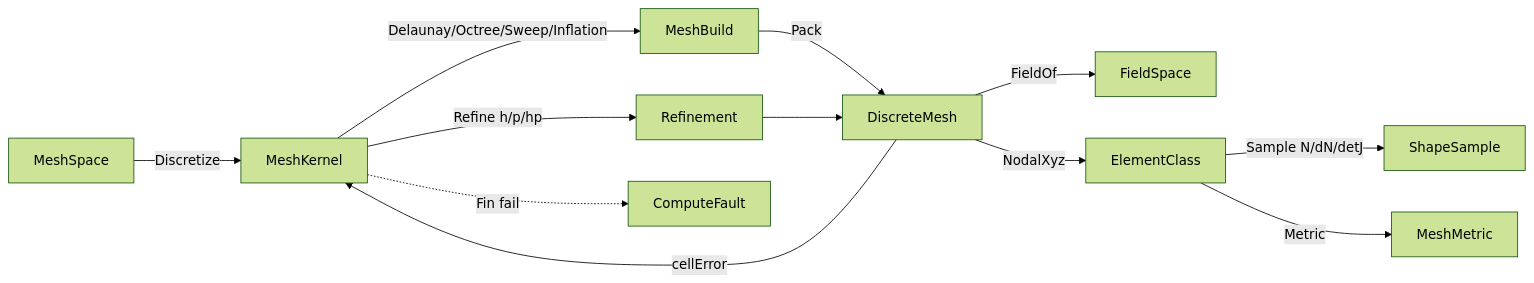
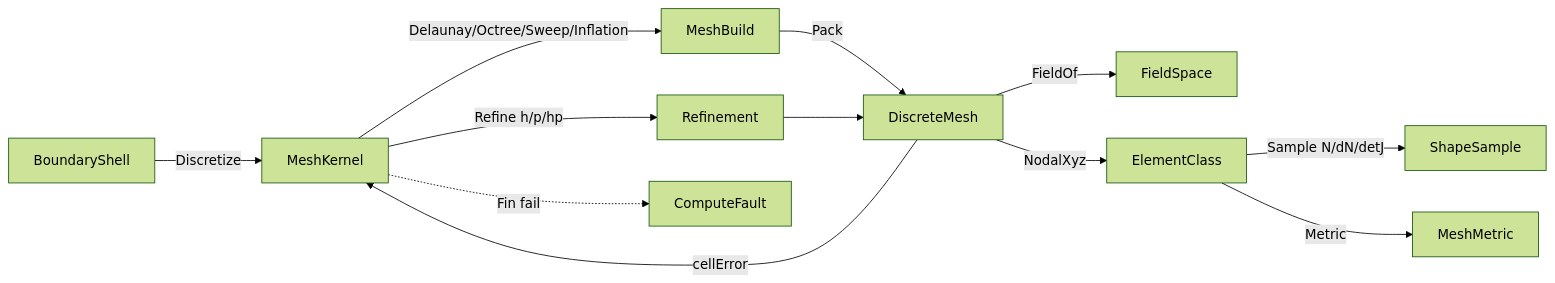
Before and after one commit to bsamiee/Rasm: the diagram in libs/csharp/Rasm.Compute/.planning/Solver/discretization.md, drawn with Mermaid (forest theme). The commit also changed other lines of this file and 144 other files, not shown here.

````diff
--- a/libs/csharp/Rasm.Compute/.planning/Solver/discretization.md
+++ b/libs/csharp/Rasm.Compute/.planning/Solver/discretization.md
@@ -1003,14 +1156,14 @@
 ```mermaid
 flowchart LR
-    MeshSpace -->|Discretize| MeshKernel
+    BoundaryShell -->|Discretize| MeshKernel
     MeshKernel -->|Delaunay/Octree/Sweep/Inflation| MeshBuild
     MeshBuild -->|Pack| DiscreteMesh
     DiscreteMesh -->|FieldOf| FieldSpace
     DiscreteMesh -->|NodalXyz| ElementClass
     ElementClass -->|Sample N/dN/detJ| ShapeSample
     ElementClass -->|Metric| MeshMetric
     DiscreteMesh -->|cellError| MeshKernel
     MeshKernel -->|Refine h/p/hp| Refinement
     Refinement --> DiscreteMesh
     MeshKernel -.->|Fin fail| ComputeFault
 ```
````
